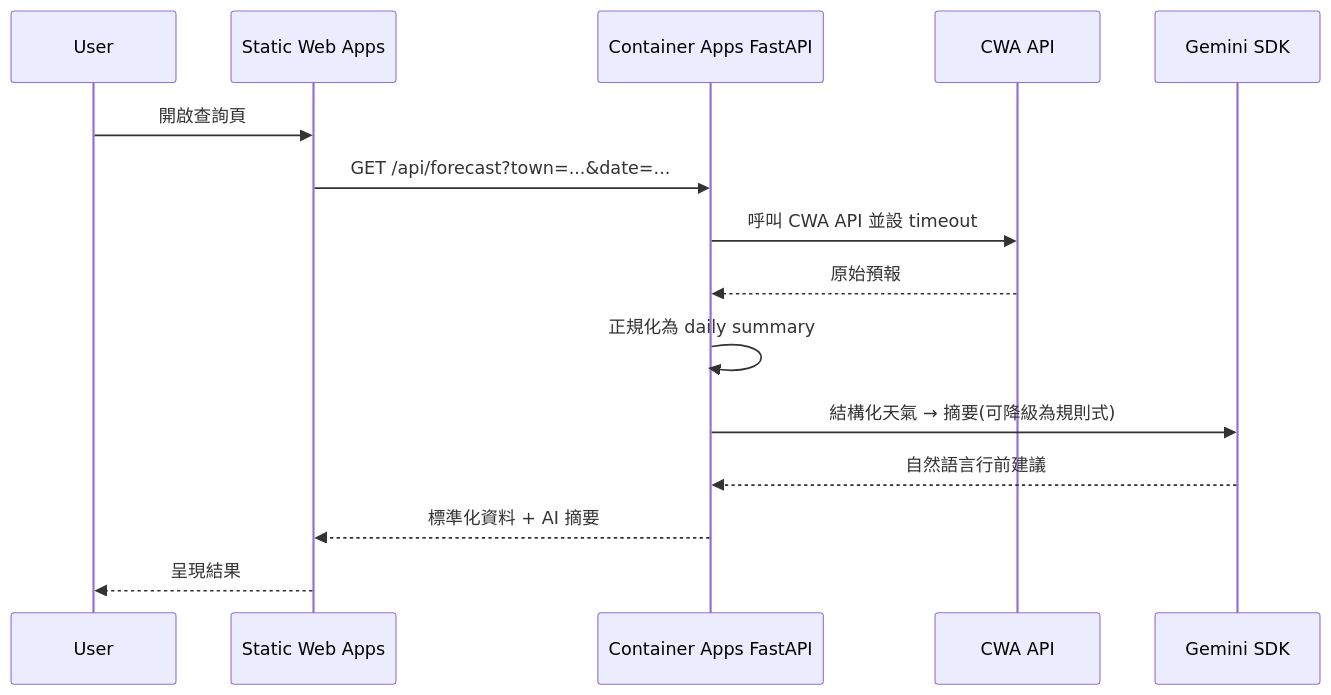
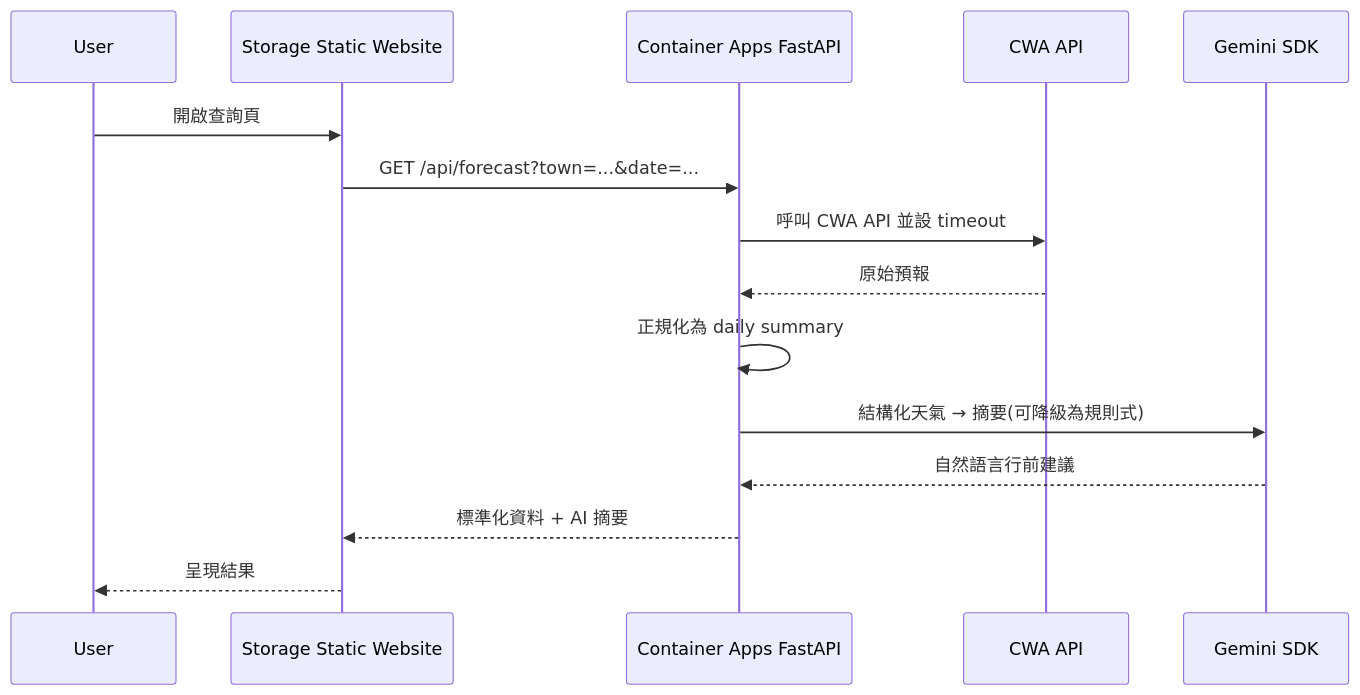
One commit to aoitsukikage-eng/trip-weather-planner changed the second of 2 diagrams in docs/cloud_architecture.md. Above: the diagram before and after it, drawn with Mermaid. The commit also changed other lines of this file and 3 other files, not shown here.

Commit message:
docs: satisfy AC5 storage architecture narrative

````diff
--- a/docs/cloud_architecture.md
+++ b/docs/cloud_architecture.md
@@ -36,18 +36,18 @@
 ```mermaid
 sequenceDiagram
   participant User
-  participant SWA as Static Web Apps
+  participant FE as Storage Static Website
   participant API as Container Apps FastAPI
   participant WX as CWA API
   participant AI as Gemini SDK
 
-  User->>SWA: 開啟查詢頁
-  SWA->>API: GET /api/forecast?town=...&date=...
+  User->>FE: 開啟查詢頁
+  FE->>API: GET /api/forecast?town=...&date=...
   API->>WX: 呼叫 CWA API 並設 timeout
   WX-->>API: 原始預報
   API->>API: 正規化為 daily summary
   API->>AI: 結構化天氣 → 摘要(可降級為規則式)
   AI-->>API: 自然語言行前建議
-  API-->>SWA: 標準化資料 + AI 摘要
-  SWA-->>User: 呈現結果
+  API-->>FE: 標準化資料 + AI 摘要
+  FE-->>User: 呈現結果
 ```
````
